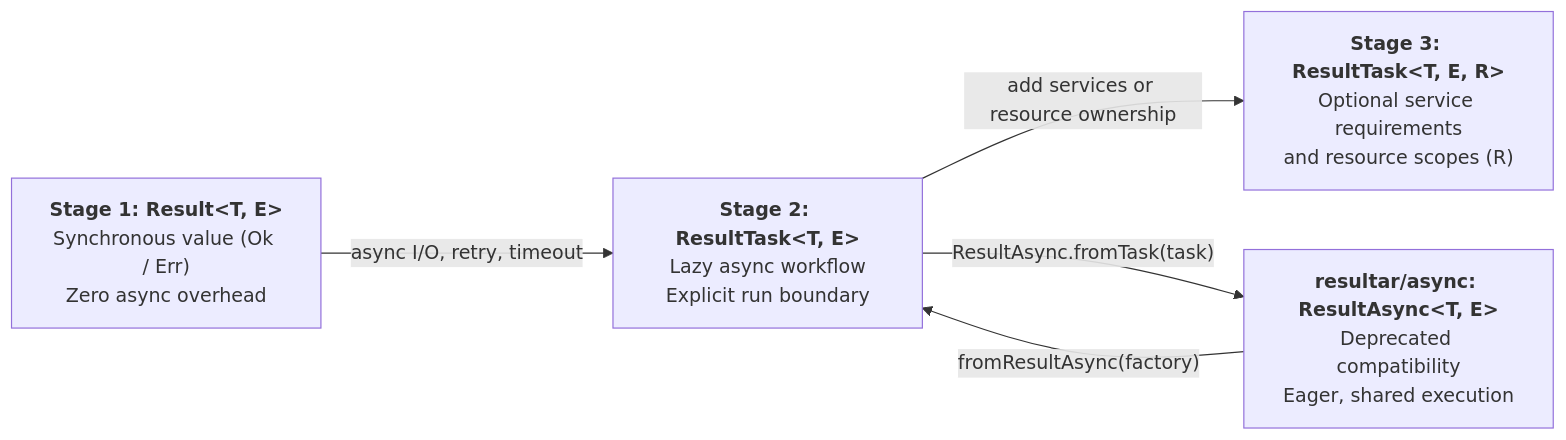
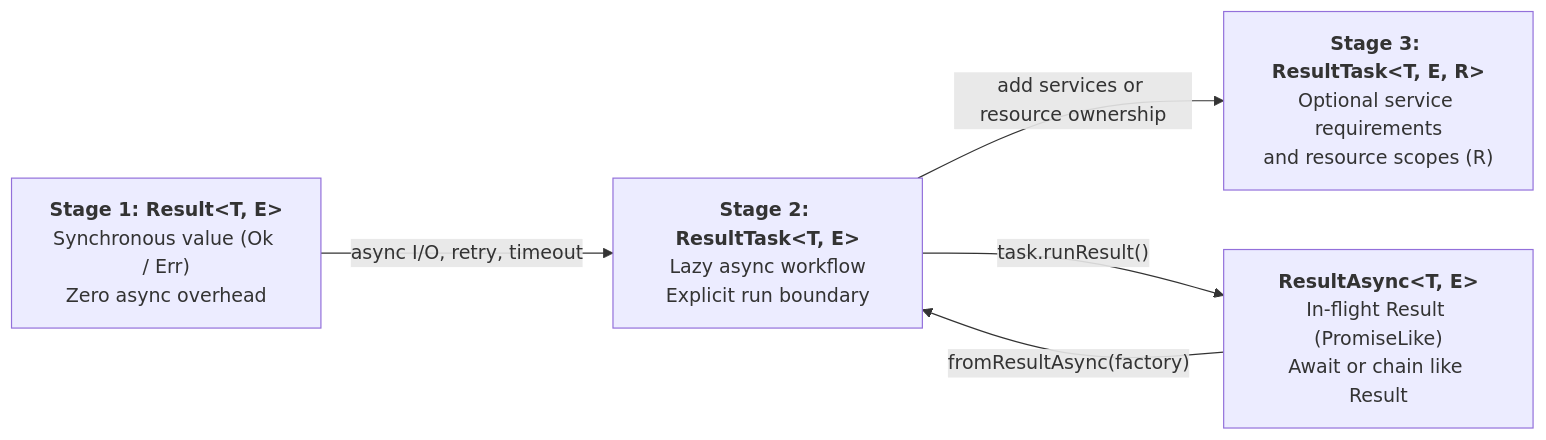
The diagram in README.md (inaiat/resultar), drawn with Mermaid before and after one commit. The commit also changed other lines of this file and 50 other files, not shown here.

Commit message:
feat(resultar): unify runResult with ResultAsync and reach 100% coverage & mutation score

````diff
--- a/README.md
+++ b/README.md
@@ -117,12 +117,12 @@
 ```mermaid
 flowchart LR
   R["<b>Stage 1: Result&lt;T, E&gt;</b><br/>Synchronous value (Ok / Err)<br/>Zero async overhead"]
   RT["<b>Stage 2: ResultTask&lt;T, E&gt;</b><br/>Lazy async workflow<br/>Explicit run boundary"]
   RTR["<b>Stage 3: ResultTask&lt;T, E, R&gt;</b><br/>Optional service requirements<br/>and resource scopes (R)"]
-  RA["<b>resultar/async: ResultAsync&lt;T, E&gt;</b><br/>Deprecated compatibility<br/>Eager, shared execution"]
+  RA["<b>ResultAsync&lt;T, E&gt;</b><br/>In-flight Result (PromiseLike)<br/>Await or chain like Result"]
 
   R -->|"async I/O, retry, timeout"| RT
   RT -->|"add services or resource ownership"| RTR
+  RT -->|"task.runResult()"| RA
   RA -->|"fromResultAsync(factory)"| RT
-  RT -->|"ResultAsync.fromTask(task)"| RA
 ```
````
